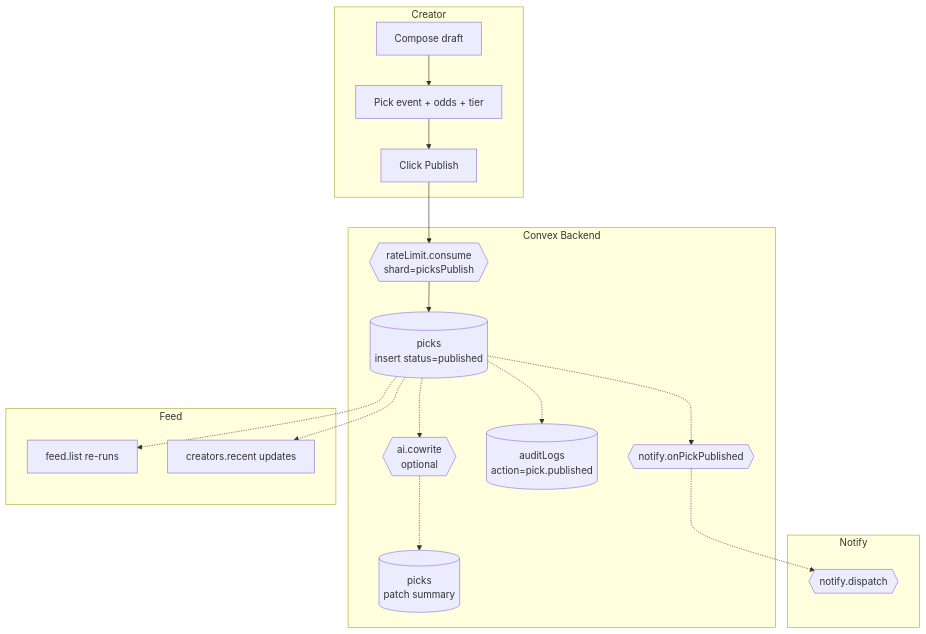
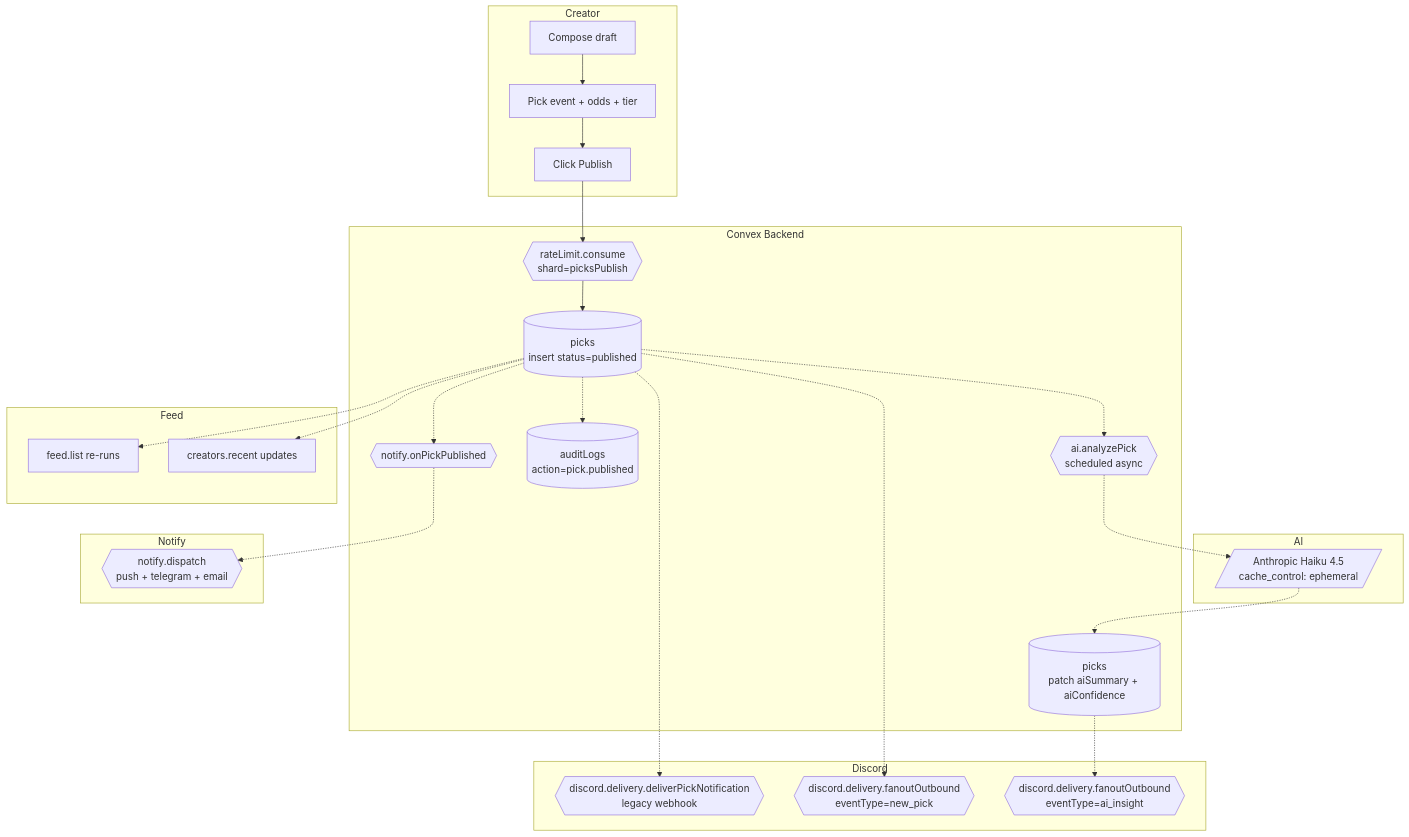
Before and after one commit to xalatechnologies/DigiPicks-v2: the diagram in docs/bpmn/BPMN-007-pick-publishing.md, drawn with Mermaid. The commit also changed other lines of this file and 33 other files, not shown here.

````diff
--- a/docs/bpmn/BPMN-007-pick-publishing.md
+++ b/docs/bpmn/BPMN-007-pick-publishing.md
@@ -31,30 +39,41 @@
 ```mermaid
 flowchart TD
   subgraph CR[Creator]
     cr1[Compose draft]
     cr2[Pick event + odds + tier]
     cr3[Click Publish]
   end
   subgraph K[Convex Backend]
     k1{{rateLimit.consume<br/>shard=picksPublish}}
     k2[(picks<br/>insert status=published)]
-    k3{{ai.cowrite<br/>optional}}
-    k4[(picks<br/>patch summary)]
+    k3{{ai.analyzePick<br/>scheduled async}}
+    k4[(picks<br/>patch aiSummary + aiConfidence)]
     k5[(auditLogs<br/>action=pick.published)]
     k6{{notify.onPickPublished}}
   end
+  subgraph A[AI]
+    a1[/Anthropic Haiku 4.5<br/>cache_control: ephemeral/]
+  end
   subgraph N[Notify]
-    n1{{notify.dispatch}}
+    n1{{notify.dispatch<br/>push + telegram + email}}
+  end
+  subgraph D[Discord]
+    d1{{discord.delivery.deliverPickNotification<br/>legacy webhook}}
+    d2{{discord.delivery.fanoutOutbound<br/>eventType=new_pick}}
+    d3{{discord.delivery.fanoutOutbound<br/>eventType=ai_insight}}
   end
   subgraph F[Feed]
     f1[feed.list re-runs]
     f2[creators.recent updates]
   end
 
   cr1 --> cr2 --> cr3 --> k1 --> k2
-  k2 -.-> k3 -.-> k4
+  k2 -.-> k3 -.-> a1 -.-> k4
+  k4 -.-> d3
   k2 -.-> k5
   k2 -.-> k6 -.-> n1
+  k2 -.-> d1
+  k2 -.-> d2
   k2 -.-> f1
   k2 -.-> f2
 ```
````
